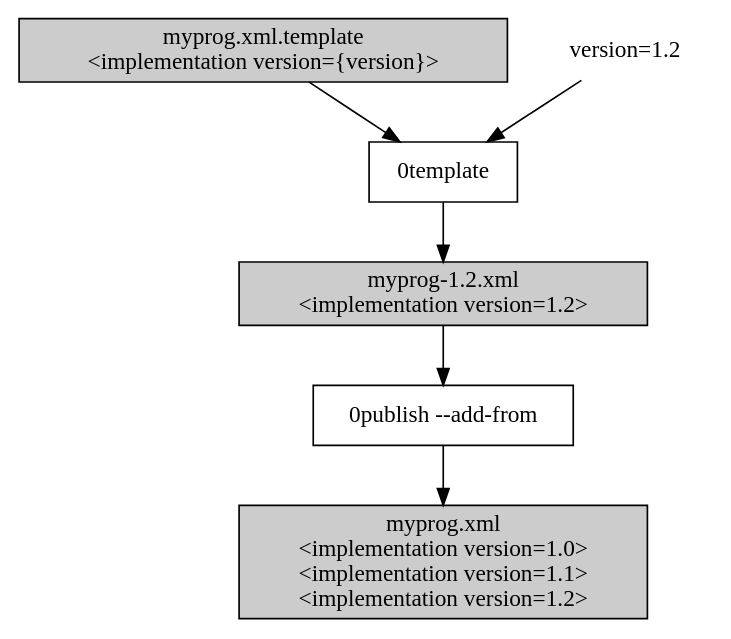
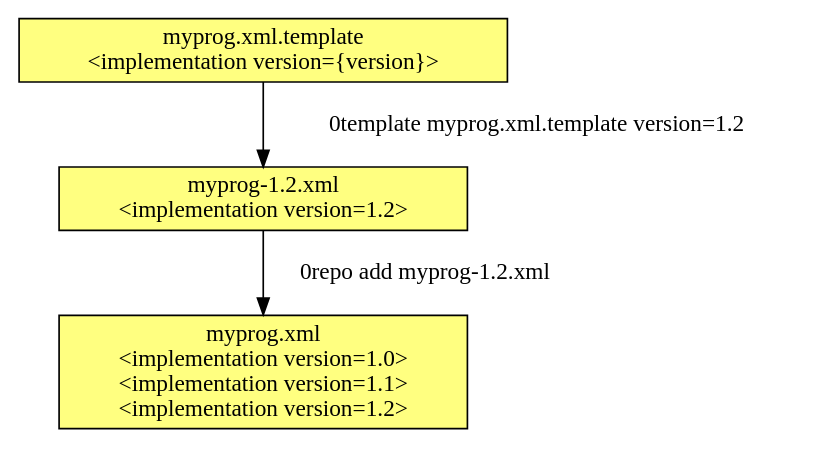
Before and after one commit to 0install/docs: the diagram in diagrams/0template.dot, drawn with Graphviz. The commit also changed 2 other files, not shown here.

Commit message:
Updated docs for other tools to mention 0repo

```diff
--- a/diagrams/0template.dot
+++ b/diagrams/0template.dot
@@ -1,17 +1,8 @@
 digraph template {
-	node [shape=box];
-	ztemplate [label="0template"];
-	zpublish [label="0publish --add-from"];
-
-	node [fillcolor=grey80;style=filled];
+	node [shape=box;style=filled;fillcolor="#ffff80"];
 	template [label="myprog.xml.template\n<implementation version={version}>"];
-	template -> ztemplate;
-	ztemplate -> single_feed;
+	template -> single_feed [label=" 0template myprog.xml.template version=1.2"];
 	single_feed [label="myprog-1.2.xml\n<implementation version=1.2>"];
-	single_feed -> zpublish;
-	zpublish -> master_feed;
+	single_feed -> master_feed [label=" 0repo add myprog-1.2.xml"];
 	master_feed [label="myprog.xml\n<implementation version=1.0>\n<implementation version=1.1>\n<implementation version=1.2>"];
-
-	params [label="version=1.2",shape=none;style=solid];
-	params -> ztemplate;
 }
```
